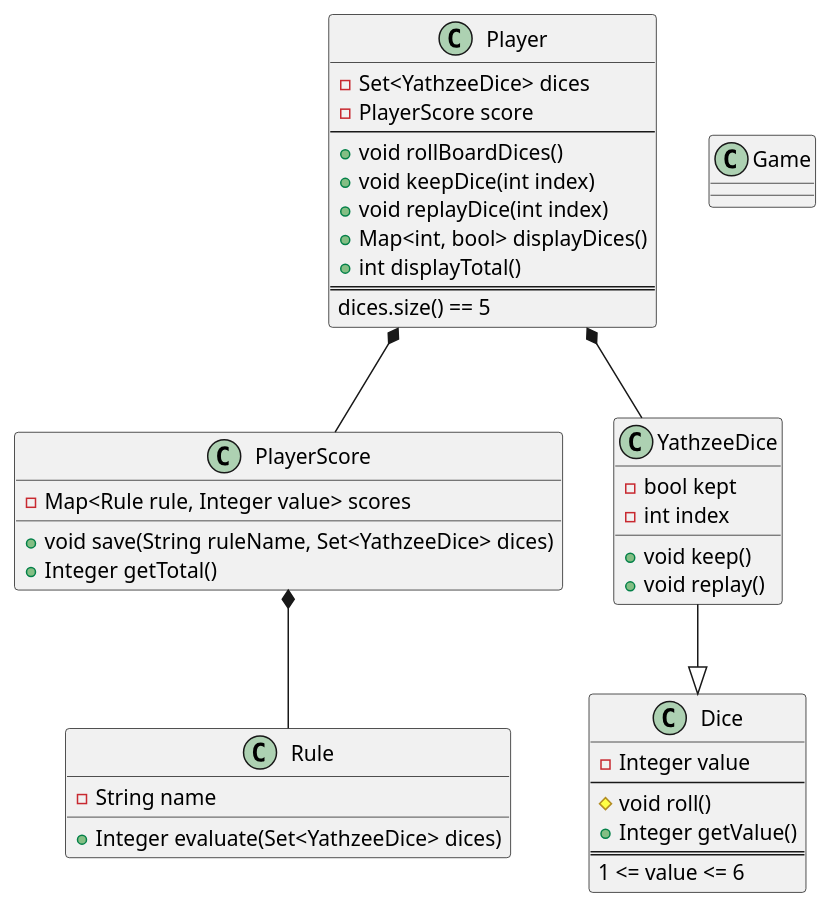
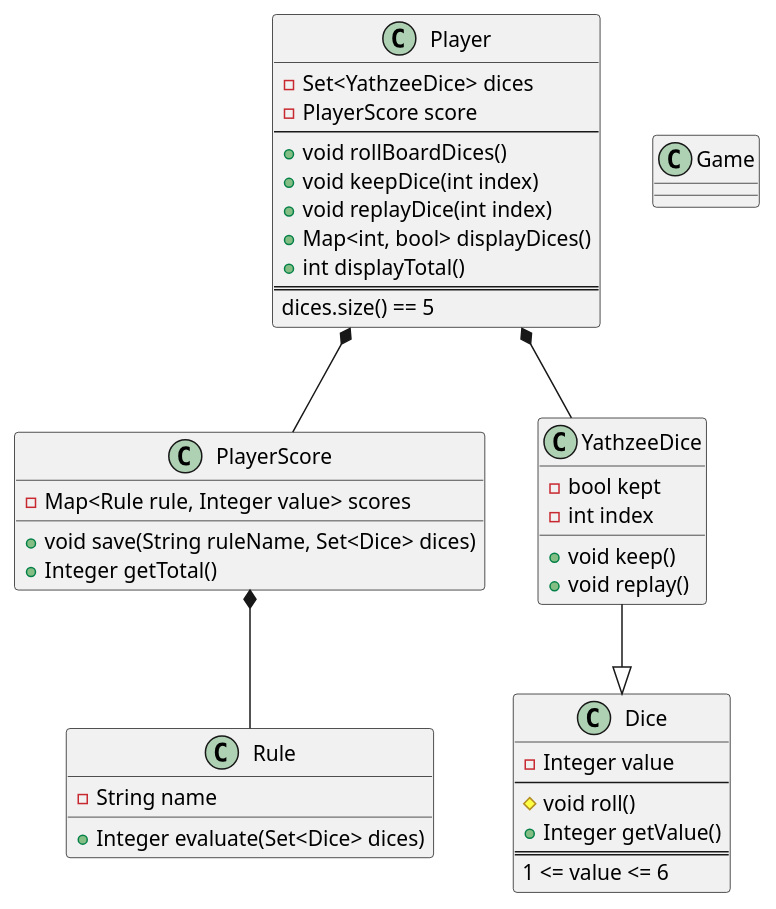
Before and after one commit to yanncourtel/Clean-Coder-Journey: the diagram in 7-Yahtzee/yathzee.puml, drawn with PlantUML. The commit also changed 2 other files, not shown here.

```diff
--- a/7-Yahtzee/yathzee.puml
+++ b/7-Yahtzee/yathzee.puml
@@ -1,49 +1,49 @@
 @startuml
 class Player {
     -Set<YathzeeDice> dices
     -PlayerScore score
     --
     +void rollBoardDices()
     +void keepDice(int index)
     +void replayDice(int index)
     +Map<int, bool> displayDices()
     +int displayTotal()
     ==
     dices.size() == 5
 }
 
 class PlayerScore {
     -Map<Rule rule, Integer value> scores
-    +void save(String ruleName, Set<YathzeeDice> dices)
+    +void save(String ruleName, Set<Dice> dices)
     +Integer getTotal()
 }
 
 class Rule {
     -String name
-    +Integer evaluate(Set<YathzeeDice> dices)
+    +Integer evaluate(Set<Dice> dices)
 }
 
 class YathzeeDice {
     -bool kept
     -int index
     +void keep()
     +void replay()
 }
 
 class Dice {
     -Integer value
     --
     #void roll()
     +Integer getValue()
     ==
     1 <= value <= 6
 }
 
 class Game
 
 Player *-- YathzeeDice
 Player *-- PlayerScore
 PlayerScore *-- Rule
 YathzeeDice --|> Dice
 
 @enduml
```
